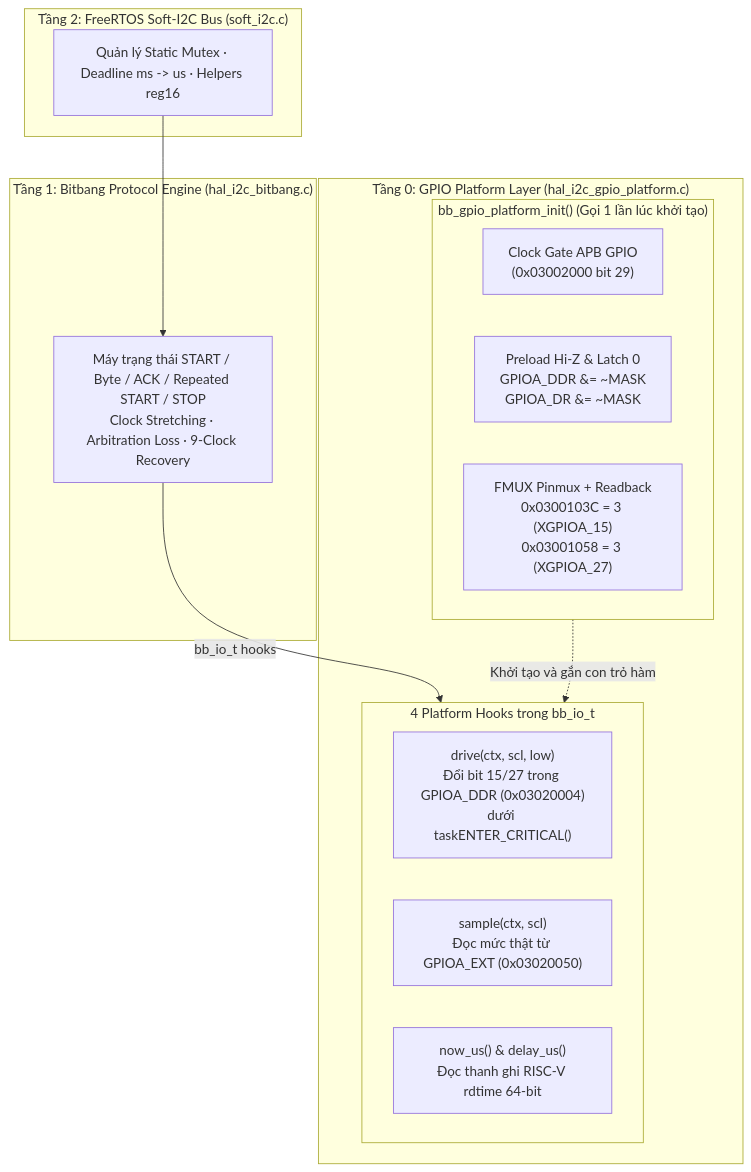
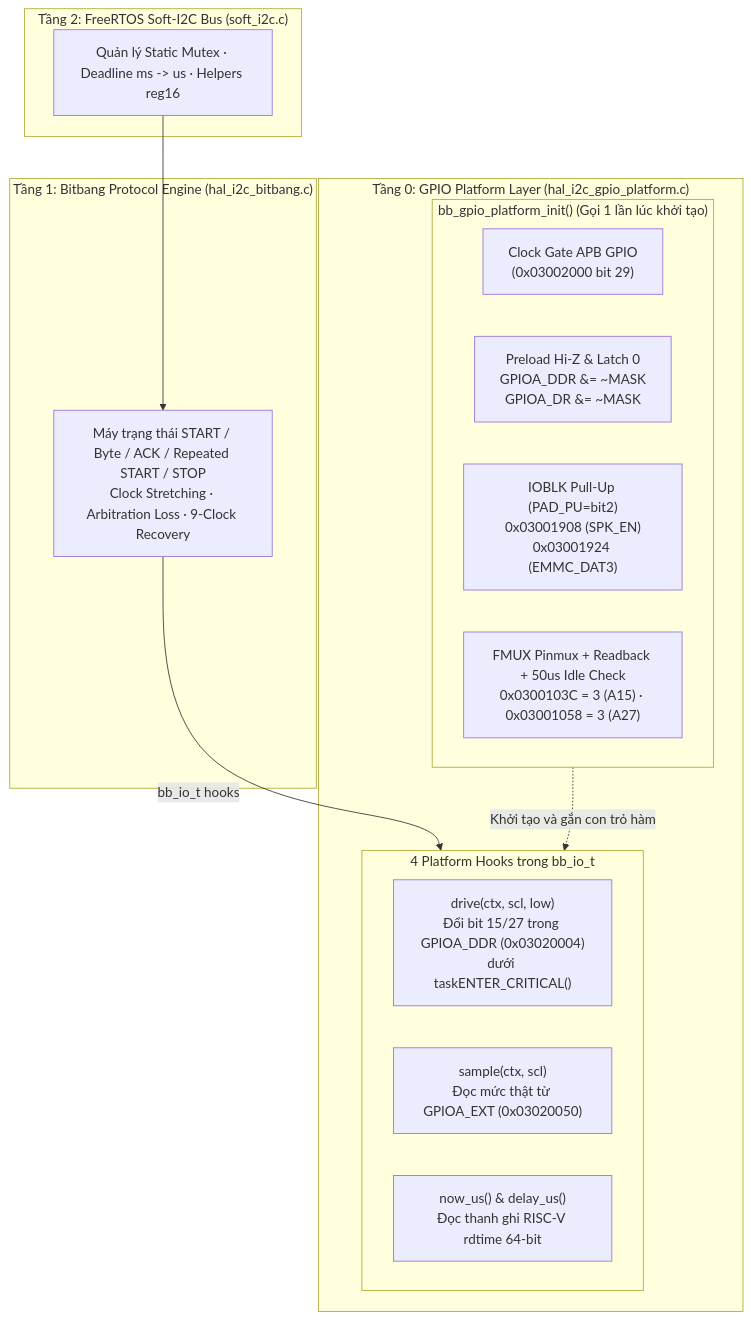
Before and after one commit to DangNgoHai04/LicheeRVNano_ARCH: the diagram in I2C_Arch/T0_layer_arch/i2c_t0_platform_architecture.md, drawn with Mermaid. The commit also changed other lines of this file and 71 other files, not shown here.

````diff
--- a/I2C_Arch/T0_layer_arch/i2c_t0_platform_architecture.md
+++ b/I2C_Arch/T0_layer_arch/i2c_t0_platform_architecture.md
@@ -33,27 +35,28 @@
 ```mermaid
 flowchart TB
     subgraph T2_LAYER["Tầng 2: FreeRTOS Soft-I2C Bus (soft_i2c.c)"]
         T2["Quản lý Static Mutex · Deadline ms -> us · Helpers reg16"]
     end
 
     subgraph T1_LAYER["Tầng 1: Bitbang Protocol Engine (hal_i2c_bitbang.c)"]
         T1["Máy trạng thái START / Byte / ACK / Repeated START / STOP\nClock Stretching · Arbitration Loss · 9-Clock Recovery"]
     end
 
     subgraph T0_LAYER["Tầng 0: GPIO Platform Layer (hal_i2c_gpio_platform.c)"]
         subgraph T0_INIT["bb_gpio_platform_init() (Gọi 1 lần lúc khởi tạo)"]
             CLK["Clock Gate APB GPIO\n(0x03002000 bit 29)"]
             PRE["Preload Hi-Z & Latch 0\nGPIOA_DDR &= ~MASK\nGPIOA_DR  &= ~MASK"]
-            MUX["FMUX Pinmux + Readback\n0x0300103C = 3 (XGPIOA_15)\n0x03001058 = 3 (XGPIOA_27)"]
+            IOB["IOBLK Pull-Up (PAD_PU=bit2)\n0x03001908 (SPK_EN)\n0x03001924 (EMMC_DAT3)"]
+            MUX["FMUX Pinmux + Readback + 50us Idle Check\n0x0300103C = 3 (A15) · 0x03001058 = 3 (A27)"]
         end
         subgraph T0_HOOKS["4 Platform Hooks trong bb_io_t"]
             DRV["drive(ctx, scl, low)\nĐổi bit 15/27 trong GPIOA_DDR (0x03020004)\ndưới taskENTER_CRITICAL()"]
             SMP["sample(ctx, scl)\nĐọc mức thật từ GPIOA_EXT (0x03020050)"]
             TIM["now_us() & delay_us()\nĐọc thanh ghi RISC-V rdtime 64-bit"]
         end
     end
 
     T2 --> T1
     T1 -->|bb_io_t hooks| T0_HOOKS
     T0_INIT -.->|Khởi tạo và gắn con trỏ hàm| T0_HOOKS
 ```
````
